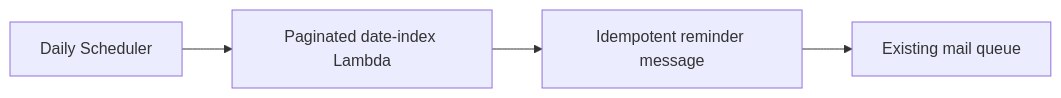
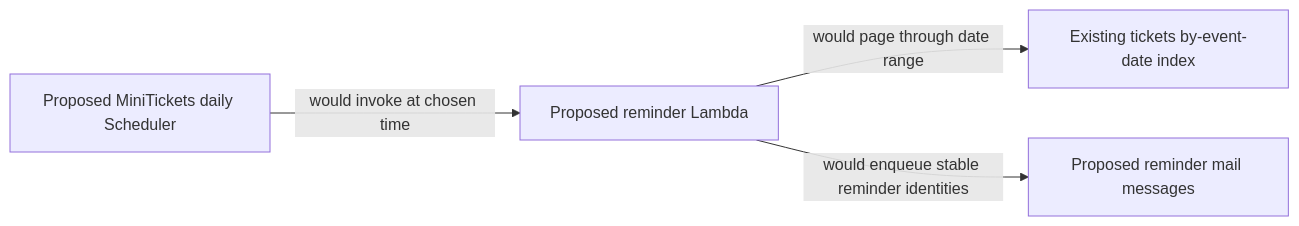
The diagram in docs/handbook/concepts/reminders.md (maheshnd/minitickets), drawn with Mermaid before and after one commit. The commit also changed other lines of this file and 119 other files, not shown here.

````diff
--- a/docs/handbook/concepts/reminders.md
+++ b/docs/handbook/concepts/reminders.md
@@ -17,7 +18,6 @@
 ```mermaid
 flowchart LR
-    n0["Daily Scheduler"] --> n1
-    n1["Paginated date-index Lambda"] --> n2
-    n2["Idempotent reminder message"] --> n3
-    n3["Existing mail queue"]
+    schedule["Proposed MiniTickets daily Scheduler"] -->|"would invoke at chosen time"| worker["Proposed reminder Lambda"]
+    worker -->|"would page through date range"| index["Existing tickets by-event-date index"]
+    worker -->|"would enqueue stable reminder identities"| mail["Proposed reminder mail messages"]
 ```
````
